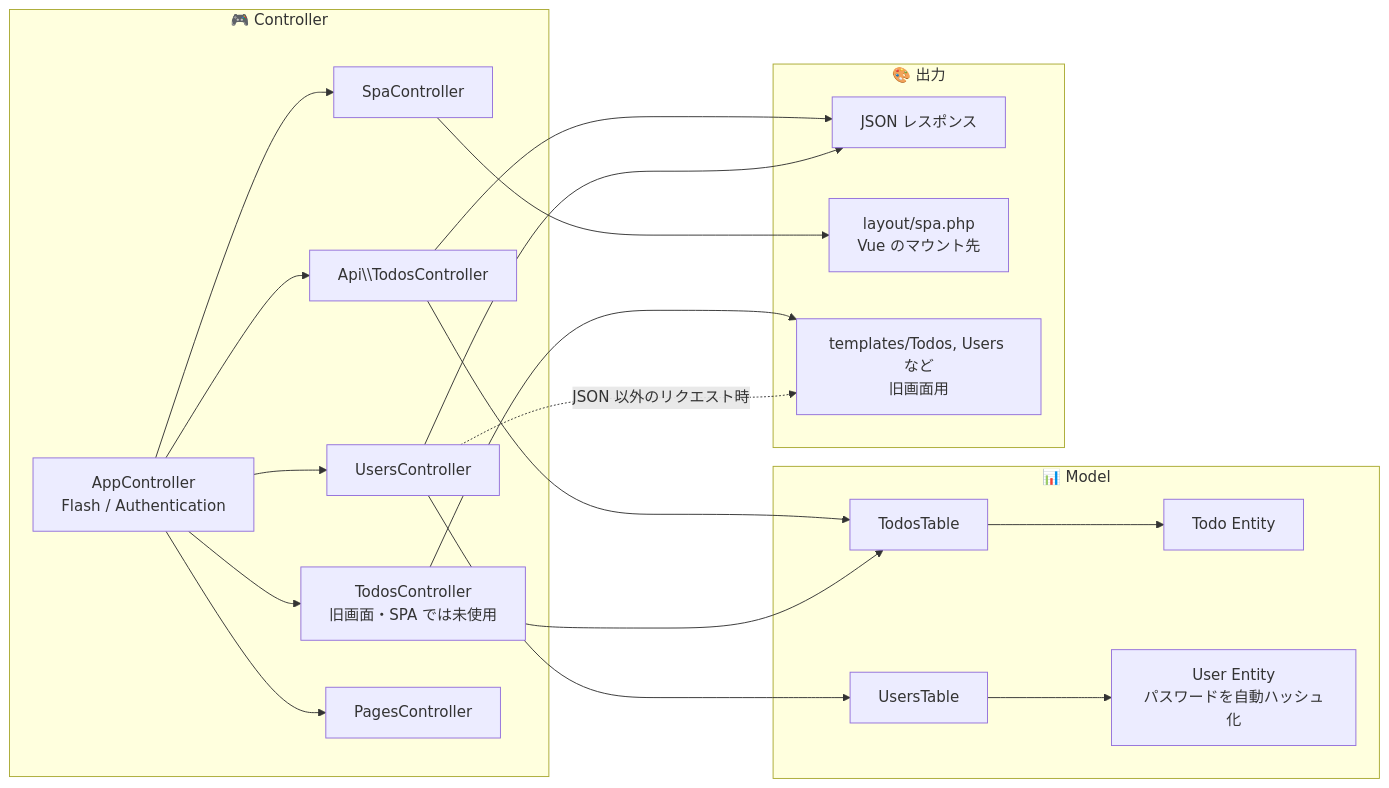
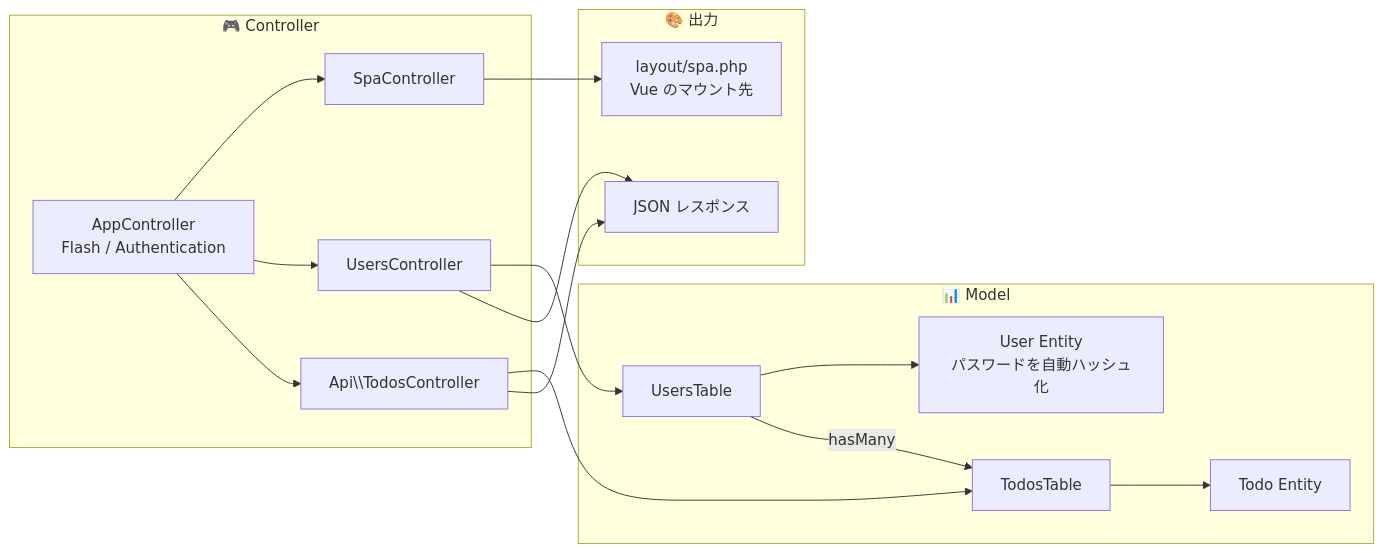
One commit to moritam/cakephp-test changed the fourth of 9 diagrams in docs/ARCHITECTURE.md. Above: the diagram before and after it, drawn with Mermaid. The commit also changed other lines of this file and 16 other files, not shown here.

First line of the commit message:
Remove legacy server-rendered pages and debug endpoint

````diff
--- a/docs/ARCHITECTURE.md
+++ b/docs/ARCHITECTURE.md
@@ -89,32 +89,27 @@
 ```mermaid
 flowchart LR
     subgraph Controllers["🎮 Controller"]
         AC["AppController<br/>Flash / Authentication"]
         SC["SpaController"]
         UC["UsersController"]
         ATC["Api\\TodosController"]
-        TC["TodosController<br/>旧画面・SPA では未使用"]
-        PC["PagesController"]
     end
 
     subgraph Models["📊 Model"]
         TT["TodosTable"] --> TE["Todo Entity"]
         UT["UsersTable"] --> UE["User Entity<br/>パスワードを自動ハッシュ化"]
+        UT -- "hasMany" --> TT
     end
 
     subgraph Views["🎨 出力"]
         JSON["JSON レスポンス"]
         SpaL["layout/spa.php<br/>Vue のマウント先"]
-        Legacy["templates/Todos, Users など<br/>旧画面用"]
     end
 
-    AC --> SC & UC & ATC & TC & PC
+    AC --> SC & UC & ATC
     ATC --> TT
-    TC --> TT
     UC --> UT
     ATC --> JSON
     UC --> JSON
     SC --> SpaL
-    TC --> Legacy
-    UC -. "JSON 以外のリクエスト時" .-> Legacy
 ```
````
